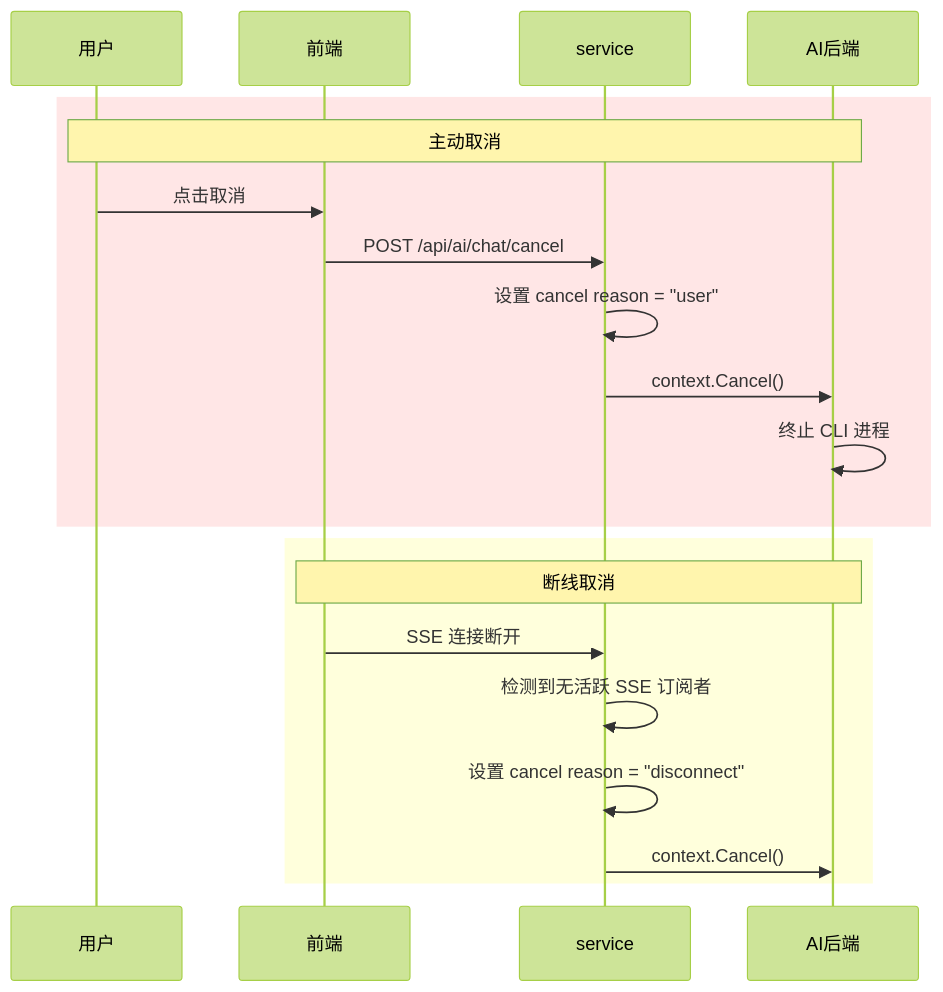
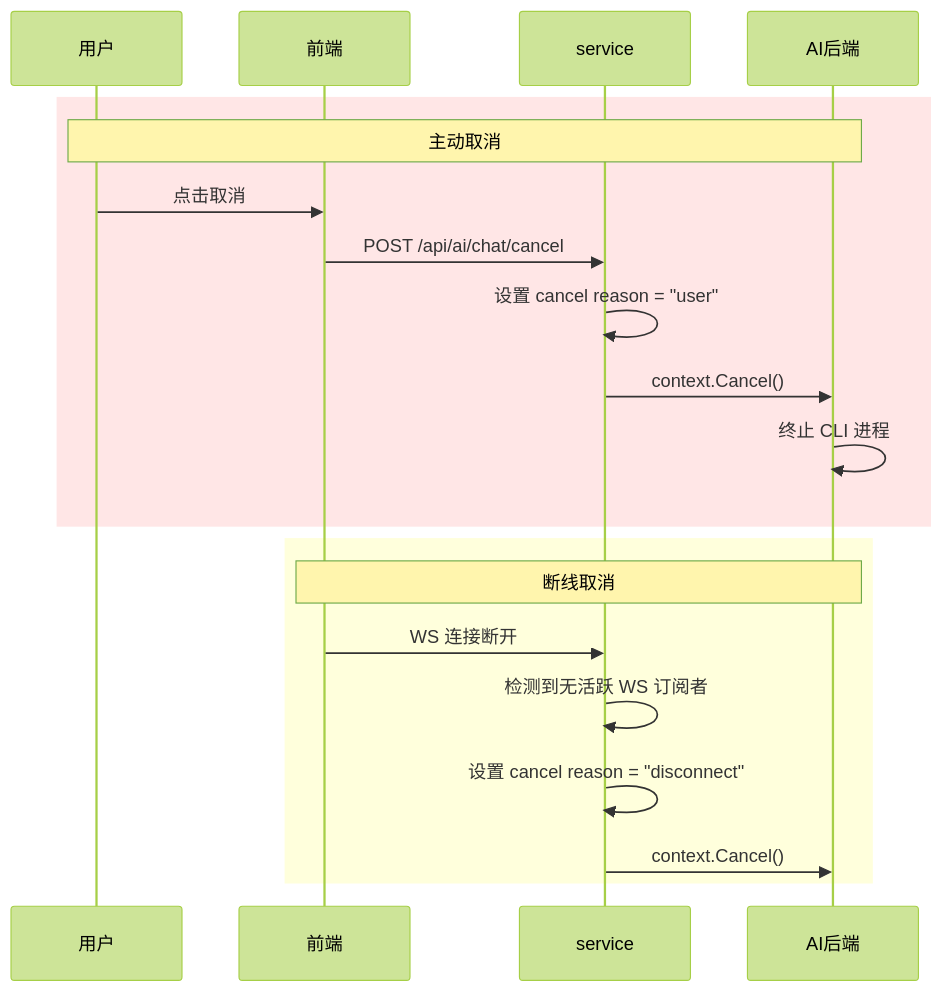
One commit to clawbench-dev/clawbench changed the second of 2 diagrams in docs/spec/core/session-lifecycle.md. Above: the diagram before and after it, drawn with Mermaid (forest theme). The commit also changed other lines of this file and 15 other files, not shown here.

````diff
--- a/docs/spec/core/session-lifecycle.md
+++ b/docs/spec/core/session-lifecycle.md
@@ -32,24 +32,24 @@
 ```mermaid
 sequenceDiagram
     participant 用户
     participant 前端
     participant service
     participant AI后端
 
     rect rgb(255, 230, 230)
         Note over 用户,AI后端: 主动取消
         用户->>前端: 点击取消
         前端->>service: POST /api/ai/chat/cancel
         service->>service: 设置 cancel reason = "user"
         service->>AI后端: context.Cancel()
         AI后端->>AI后端: 终止 CLI 进程
     end
 
     rect rgb(255, 255, 220)
         Note over 前端,AI后端: 断线取消
-        前端->>service: SSE 连接断开
-        service->>service: 检测到无活跃 SSE 订阅者
+        前端->>service: WS 连接断开
+        service->>service: 检测到无活跃 WS 订阅者
         service->>service: 设置 cancel reason = "disconnect"
         service->>AI后端: context.Cancel()
     end
 ```
````
